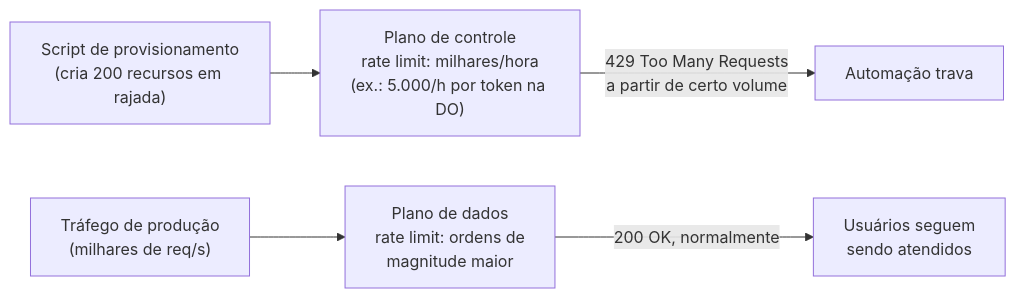
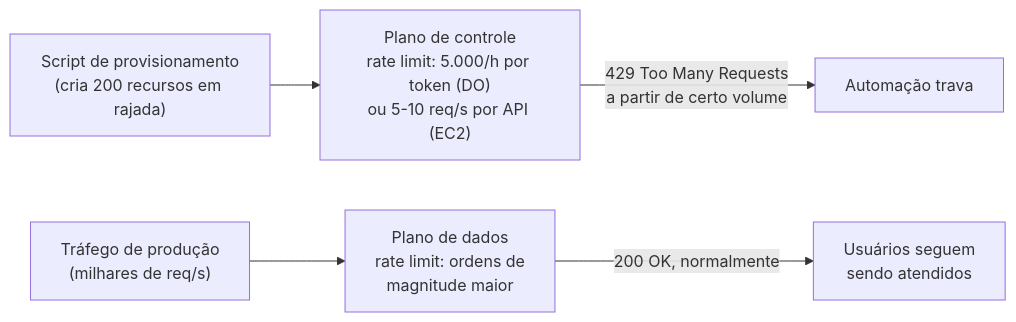
Before and after one commit to josenaldo/codex-technomanticus: the fourth of 4 diagrams in 03-Dominios/Tecnologia/Cloud/02 - Anatomia de um provedor/03 - Plano de controle e plano de dados.md, drawn with Mermaid. The commit also changed other lines of this file, not shown here.

````diff
--- a/03-Dominios/Tecnologia/Cloud/02 - Anatomia de um provedor/03 - Plano de controle e plano de dados.md
+++ b/03-Dominios/Tecnologia/Cloud/02 - Anatomia de um provedor/03 - Plano de controle e plano de dados.md
@@ -116,7 +267,7 @@
 ```mermaid
 flowchart LR
-    Script["Script de provisionamento<br/>(cria 200 recursos em rajada)"] --> CP["Plano de controle<br/>rate limit: milhares/hora<br/>(ex.: 5.000/h por token na DO)"]
+    Script["Script de provisionamento<br/>(cria 200 recursos em rajada)"] --> CP["Plano de controle<br/>rate limit: 5.000/h por token (DO)<br/>ou 5-10 req/s por API (EC2)"]
     CP -->|"429 Too Many Requests<br/>a partir de certo volume"| Falha["Automação trava"]
     Trafego["Tráfego de produção<br/>(milhares de req/s)"] --> DP["Plano de dados<br/>rate limit: ordens de<br/>magnitude maior"]
     DP -->|"200 OK, normalmente"| Usuarios["Usuários seguem<br/>sendo atendidos"]
 ```
````
